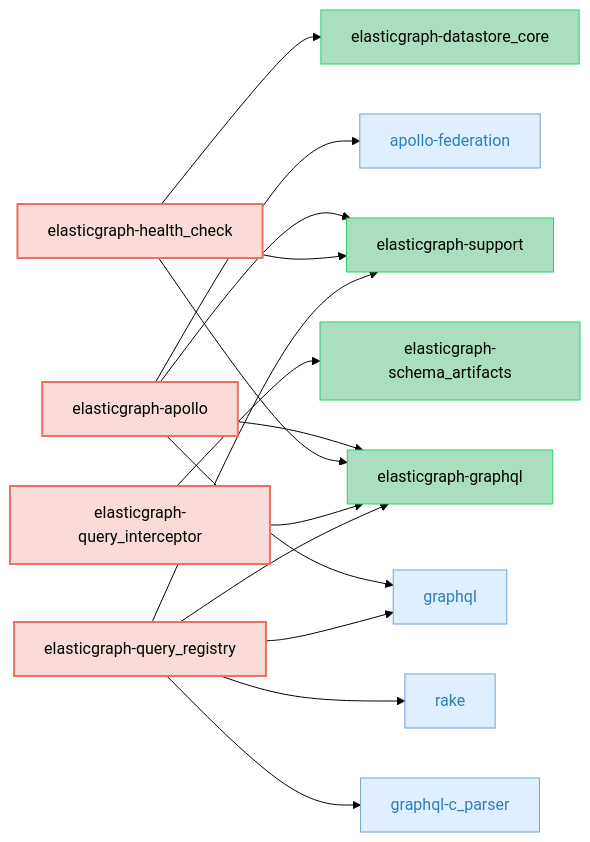
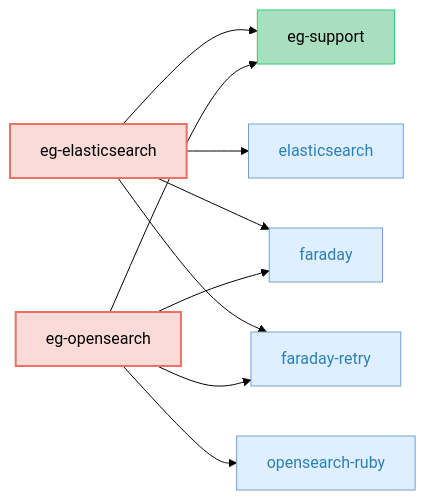
Before and after one commit to ciaran51/elasticgraph: the third of 5 diagrams in CODEBASE_OVERVIEW.md, drawn with Mermaid (forest theme). The commit also changed other lines of this file and 3 other files, not shown here.

````diff
--- a/CODEBASE_OVERVIEW.md
+++ b/CODEBASE_OVERVIEW.md
@@ -167,48 +170,32 @@
 ```mermaid
 graph LR;
     classDef targetGemStyle fill:#FADBD8,stroke:#EC7063,color:#000,stroke-width:2px;
     classDef otherEgGemStyle fill:#A9DFBF,stroke:#2ECC71,color:#000;
     classDef externalGemCatStyle fill:#E0EFFF,stroke:#70A1D7,color:#2980B9;
-    elasticgraph-apollo["elasticgraph-apollo"];
-    elasticgraph-graphql["elasticgraph-graphql"];
-    elasticgraph-support["elasticgraph-support"];
-    graphql["graphql"];
-    apollo-federation["apollo-federation"];
-    elasticgraph-health_check["elasticgraph-health_check"];
-    elasticgraph-datastore_core["elasticgraph-datastore_core"];
-    elasticgraph-query_interceptor["elasticgraph-query_interceptor"];
-    elasticgraph-schema_artifacts["elasticgraph-schema_artifacts"];
-    elasticgraph-query_registry["elasticgraph-query_registry"];
-    graphql-c_parser["graphql-c_parser"];
-    rake["rake"];
-    elasticgraph-apollo --> elasticgraph-graphql;
-    elasticgraph-apollo --> elasticgraph-support;
-    elasticgraph-apollo --> graphql;
-    elasticgraph-apollo --> apollo-federation;
-    elasticgraph-health_check --> elasticgraph-datastore_core;
-    elasticgraph-health_check --> elasticgraph-graphql;
-    elasticgraph-health_check --> elasticgraph-support;
-    elasticgraph-query_interceptor --> elasticgraph-graphql;
-    elasticgraph-query_interceptor --> elasticgraph-schema_artifacts;
-    elasticgraph-query_registry --> elasticgraph-graphql;
-    elasticgraph-query_registry --> elasticgraph-support;
-    elasticgraph-query_registry --> graphql;
-    elasticgraph-query_registry --> graphql-c_parser;
-    elasticgraph-query_registry --> rake;
-    class elasticgraph-apollo targetGemStyle;
-    class elasticgraph-graphql otherEgGemStyle;
+    elasticgraph-elasticsearch["eg-elasticsearch"];
+    elasticgraph-support["eg-support"];
+    elasticsearch["elasticsearch"];
+    faraday["faraday"];
+    faraday-retry["faraday-retry"];
+    elasticgraph-opensearch["eg-opensearch"];
+    opensearch-ruby["opensearch-ruby"];
+    elasticgraph-elasticsearch --> elasticgraph-support;
+    elasticgraph-elasticsearch --> elasticsearch;
+    elasticgraph-elasticsearch --> faraday;
+    elasticgraph-elasticsearch --> faraday-retry;
+    elasticgraph-opensearch --> elasticgraph-support;
+    elasticgraph-opensearch --> faraday;
+    elasticgraph-opensearch --> faraday-retry;
+    elasticgraph-opensearch --> opensearch-ruby;
+    class elasticgraph-elasticsearch targetGemStyle;
     class elasticgraph-support otherEgGemStyle;
-    class graphql externalGemCatStyle;
-    class apollo-federation externalGemCatStyle;
-    class elasticgraph-health_check targetGemStyle;
-    class elasticgraph-datastore_core otherEgGemStyle;
-    class elasticgraph-query_interceptor targetGemStyle;
-    class elasticgraph-schema_artifacts otherEgGemStyle;
-    class elasticgraph-query_registry targetGemStyle;
-    class graphql-c_parser externalGemCatStyle;
-    class rake externalGemCatStyle;
-    click graphql href "https://rubygems.org/gems/graphql" "Open on RubyGems.org" _blank;
-    click apollo-federation href "https://rubygems.org/gems/apollo-federation" "Open on RubyGems.org" _blank;
-    click graphql-c_parser href "https://rubygems.org/gems/graphql-c_parser" "Open on RubyGems.org" _blank;
-    click rake href "https://rubygems.org/gems/rake" "Open on RubyGems.org" _blank;
+    class elasticsearch externalGemCatStyle;
+    class faraday externalGemCatStyle;
+    class faraday-retry externalGemCatStyle;
+    class elasticgraph-opensearch targetGemStyle;
+    class opensearch-ruby externalGemCatStyle;
+    click elasticsearch href "https://rubygems.org/gems/elasticsearch" "Open on RubyGems.org" _blank;
+    click faraday href "https://rubygems.org/gems/faraday" "Open on RubyGems.org" _blank;
+    click faraday-retry href "https://rubygems.org/gems/faraday-retry" "Open on RubyGems.org" _blank;
+    click opensearch-ruby href "https://rubygems.org/gems/opensearch-ruby" "Open on RubyGems.org" _blank;
 ```
````
